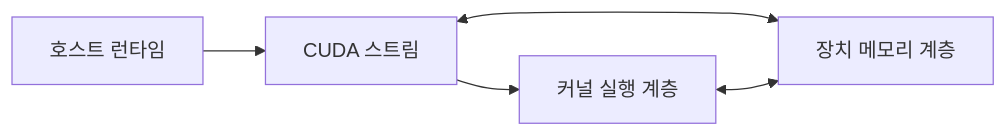
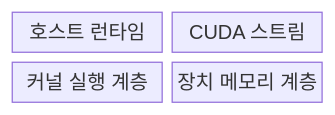
Before and after one commit to agnusdei1207/knowledge-base: the first of 2 diagrams in src/content/docs/notes/02-hardware/042_cuda_parallel_computing.md, drawn with Mermaid. The commit also changed other lines of this file and 20 other files, not shown here.

````diff
--- a/src/content/docs/notes/02-hardware/042_cuda_parallel_computing.md
+++ b/src/content/docs/notes/02-hardware/042_cuda_parallel_computing.md
@@ -68,7 +66,8 @@
 ```mermaid
-flowchart LR
-    H["호스트 런타임"] --> S["CUDA 스트림"]
-    S --> K["커널 실행 계층"]
-    S <--> M["장치 메모리 계층"]
-    K <--> M
+block
+    columns 2
+    H["호스트 런타임"]
+    S["CUDA 스트림"]
+    K["커널 실행 계층"]
+    M["장치 메모리 계층"]
 ```
````
